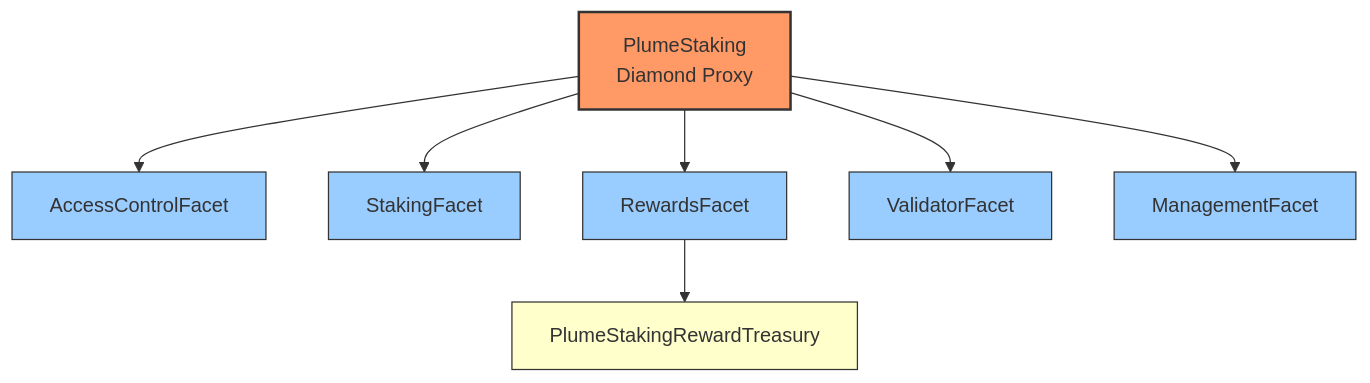
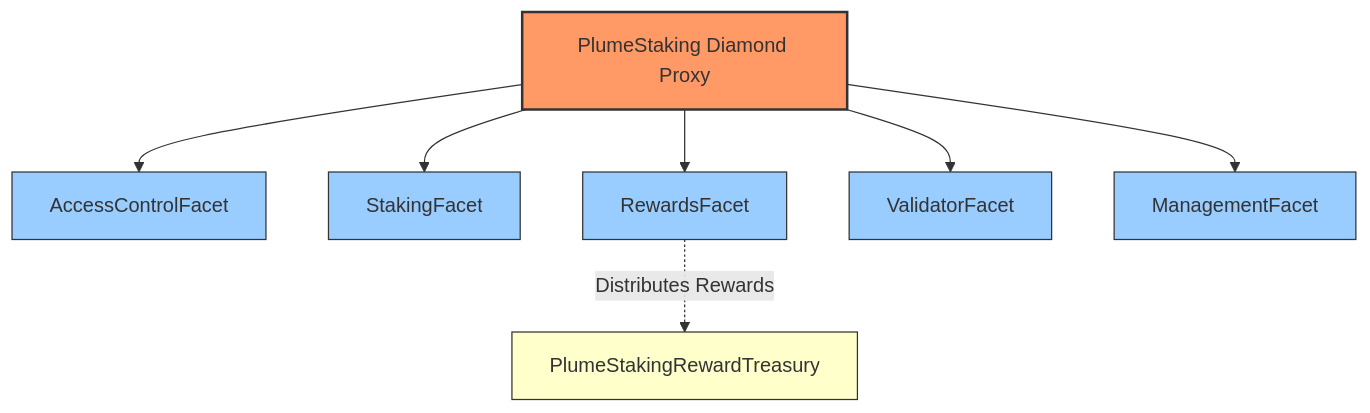
The first of 9 diagrams in plume/README.md (plumenetwork/contracts), drawn with Mermaid before and after one commit. The commit also changed other lines of this file and 4 other files, not shown here.

````diff
--- a/plume/README.md
+++ b/plume/README.md
@@ -12,17 +68,17 @@
 ```mermaid
 graph TD
-    A[PlumeStaking<br>Diamond Proxy] --> B[AccessControlFacet]
+    A[PlumeStaking Diamond Proxy] --> B[AccessControlFacet]
     A --> C[StakingFacet]
     A --> D[RewardsFacet]
     A --> E[ValidatorFacet]
     A --> F[ManagementFacet]
-    D --> G[PlumeStakingRewardTreasury]
+    D -.->|Distributes Rewards| G[PlumeStakingRewardTreasury]
 
     style A fill:#f96,stroke:#333,stroke-width:2px
     style B fill:#9cf,stroke:#333,stroke-width:1px
     style C fill:#9cf,stroke:#333,stroke-width:1px
     style D fill:#9cf,stroke:#333,stroke-width:1px
     style E fill:#9cf,stroke:#333,stroke-width:1px
     style F fill:#9cf,stroke:#333,stroke-width:1px
     style G fill:#ffc,stroke:#333,stroke-width:1px
 ```
````
